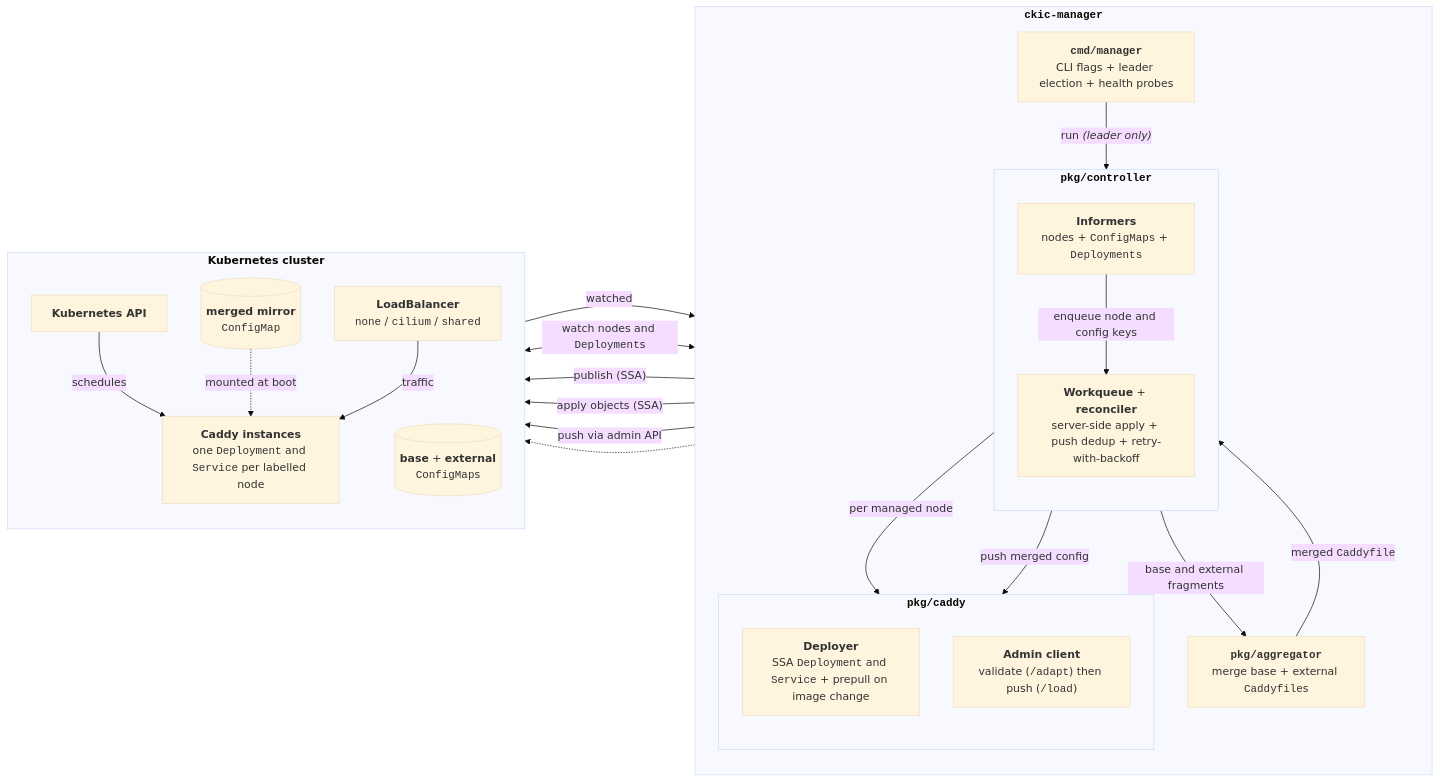
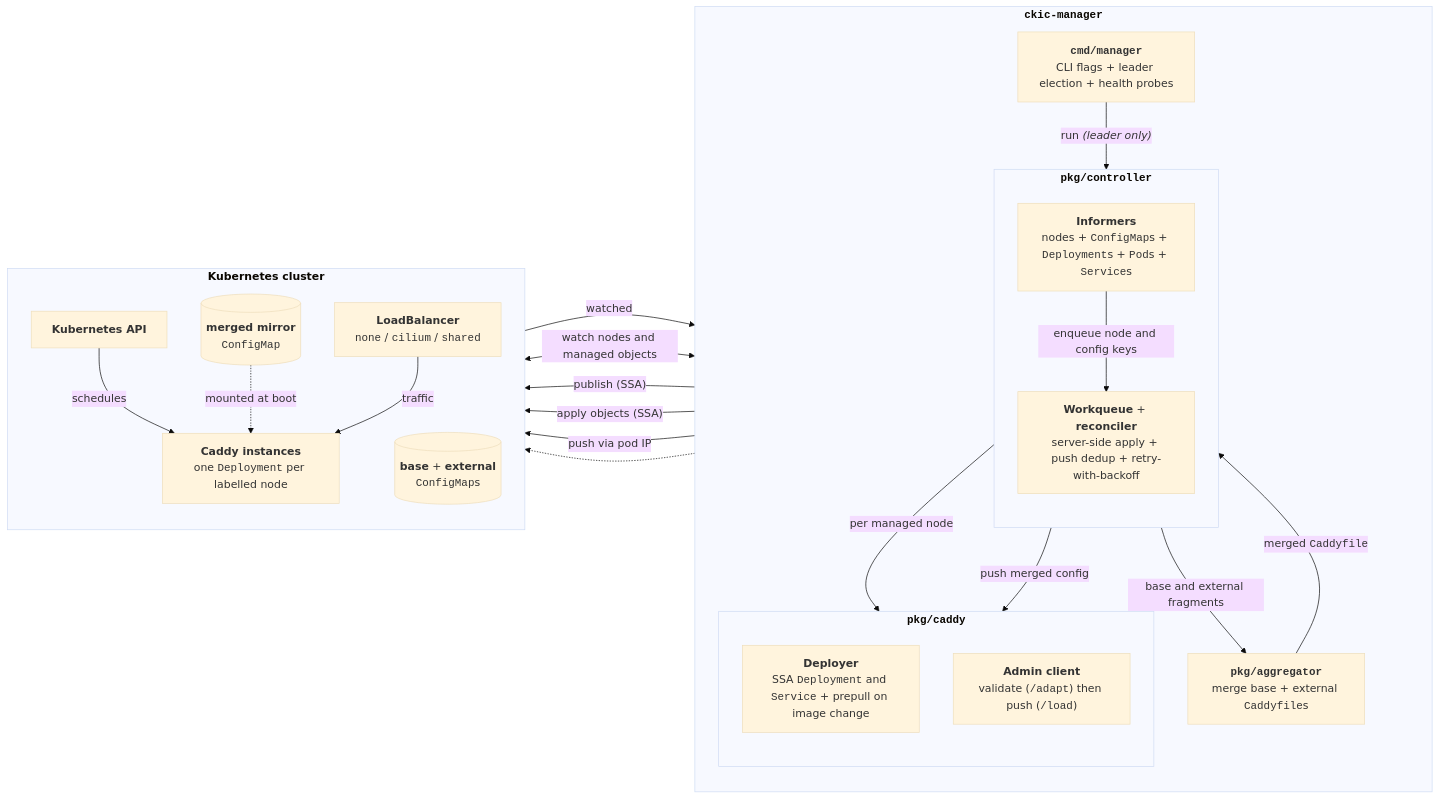
The diagram in README.md (vapronva/ckic), drawn with Mermaid (base theme) before and after one commit. The commit also changed 22 other files, not shown here.

Commit message:
feat/fix: pod-ip admin pushes + pod/service reconciliation + drop clusterip services/comm-method + validate aggregation/loadbalancer + sanitize resource names; chore: go 1.27.1 + bump deps

````diff
--- a/README.md
+++ b/README.md
@@ -7,41 +7,41 @@
 ```mermaid
 flowchart LR
     subgraph Manager["<b><code>ckic-manager</code></b>"]
         direction TB
         Entry["<b><code>cmd/manager</code></b><br/>CLI flags + leader election + health probes"]
         subgraph Ctrl["<b><code>pkg/controller</code></b>"]
             direction TB
-            Informers["<b>Informers</b><br/>nodes + <code>ConfigMaps</code> + <code>Deployments</code>"]
+            Informers["<b>Informers</b><br/>nodes + <code>ConfigMap</code>s + <code>Deployment</code>s + <code>Pod</code>s + <code>Service</code>s"]
             Reconciler["<b>Workqueue</b> + <b>reconciler</b><br/>server-side apply + push dedup + retry-with-backoff"]
         end
         Aggregator["<b><code>pkg/aggregator</code></b><br/>merge base + external <code>Caddyfile</code>s"]
         subgraph CaddyPkg["<b><code>pkg/caddy</code></b>"]
             direction TB
             Deployer["<b>Deployer</b><br/>SSA <code>Deployment</code> and <code>Service</code> + prepull on image change"]
             Admin["<b>Admin client</b><br/>validate (<code>/adapt</code>) then push (<code>/load</code>)"]
         end
         Entry -->|"run <i>(leader only)</i>"| Reconciler
         Informers -->|"enqueue node and config keys"| Reconciler
         Informers -->|"base and external fragments"| Aggregator
         Aggregator -->|"merged <code>Caddyfile</code>"| Reconciler
         Reconciler -->|"per managed node"| Deployer
         Reconciler -->|"push merged config"| Admin
     end
     subgraph Cluster["<b>Kubernetes cluster</b>"]
         direction TB
         K8s["<b>Kubernetes API</b>"]
         ConfigMaps[("<b>base</b> + <b>external</b><br/><code>ConfigMap</code>s")]
         MirrorCM[("<b>merged mirror</b><br/><code>ConfigMap</code>")]
-        Instances["<b>Caddy instances</b><br/>one <code>Deployment</code> and <code>Service</code> per labelled node"]
+        Instances["<b>Caddy instances</b><br/>one <code>Deployment</code> per labelled node"]
         LB["<b>LoadBalancer</b><br/><code>none</code> / <code>cilium</code> / <code>shared</code>"]
     end
-    Informers <-->|"watch nodes and <code>Deployment</code>s"| K8s
+    Informers <-->|"watch nodes and managed objects"| K8s
     ConfigMaps -->|"watched"| Informers
     Aggregator -->|"publish (SSA)"| MirrorCM
     Deployer -->|"apply objects (SSA)"| K8s
     K8s -->|"schedules"| Instances
     MirrorCM -.->|"mounted at boot"| Instances
-    Admin -->|"push via admin API"| Instances
+    Admin -->|"push via pod IP"| Instances
     Deployer -.-> LB
     LB -->|"traffic"| Instances
 ```
````
